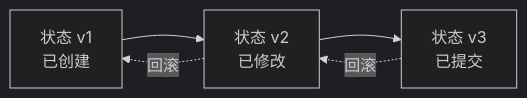
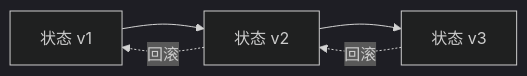
Before and after one commit to nexepic/zyx: the tenth of 13 diagrams in docs/zh/architecture/storage.md, drawn with Mermaid (dark theme). The commit also changed other lines of this file and 21 other files, not shown here.

First line of the commit message:
fix: resolve Mermaid diagram display issues in VitePress

````diff
--- a/docs/zh/architecture/storage.md
+++ b/docs/zh/architecture/storage.md
@@ -392,8 +402,8 @@
 ```mermaid
 graph LR
-    S1[状态 v1<br/>已创建] --> S2[状态 v2<br/>已修改]
-    S2 --> S3[状态 v3<br/>已提交]
+    S1[状态 v1] --> S2[状态 v2]
+    S2 --> S3[状态 v3]
 
     S3 -.->|回滚| S2
     S2 -.->|回滚| S1
 ```
````
